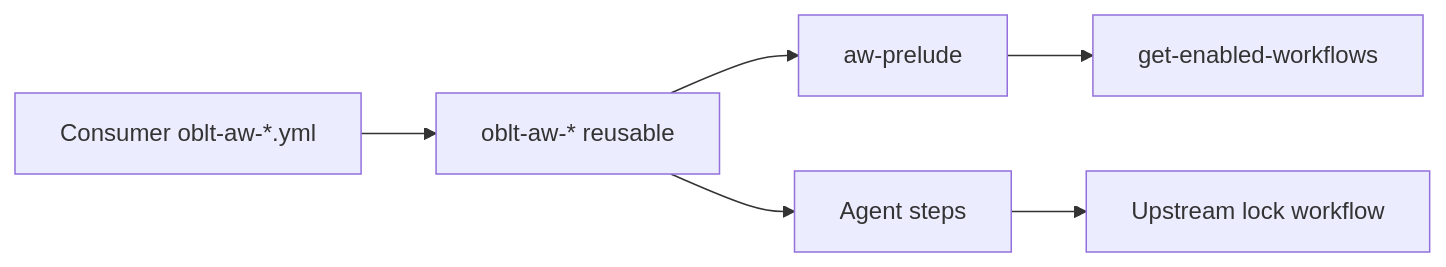
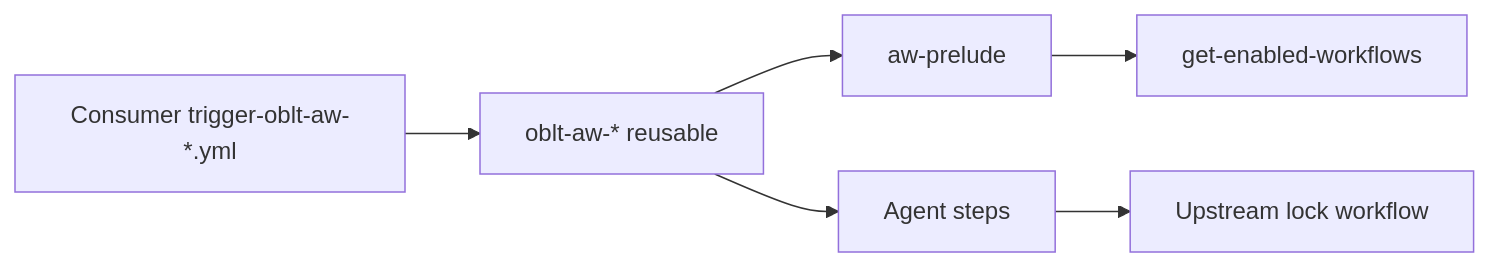
The fourth of 4 diagrams in docs/architecture/overview.md (elastic/oblt-aw), drawn with Mermaid before and after one commit. The commit also changed other lines of this file and 50 other files, not shown here.

````diff
--- a/docs/architecture/overview.md
+++ b/docs/architecture/overview.md
@@ -183,8 +183,8 @@
 ```mermaid
 flowchart LR
-  A[Consumer oblt-aw-*.yml] --> G[oblt-aw-* reusable]
+  A[Consumer trigger-oblt-aw-*.yml] --> G[oblt-aw-* reusable]
   G --> P[aw-prelude]
   P --> B[get-enabled-workflows]
   G --> D[Agent steps]
   D --> L[Upstream lock workflow]
 ```
````
